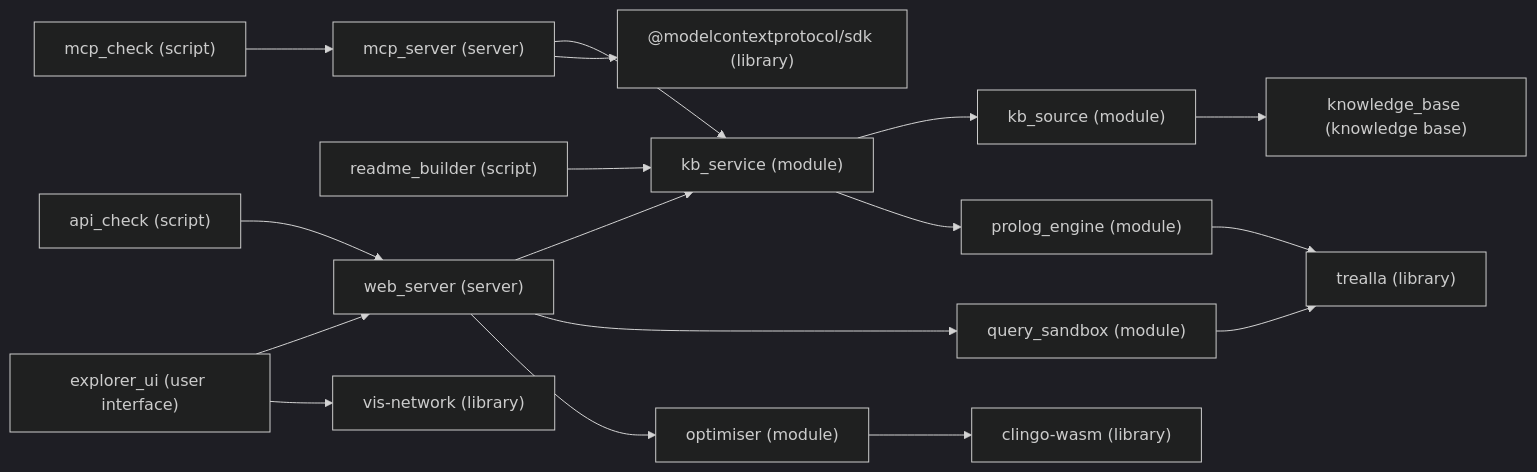
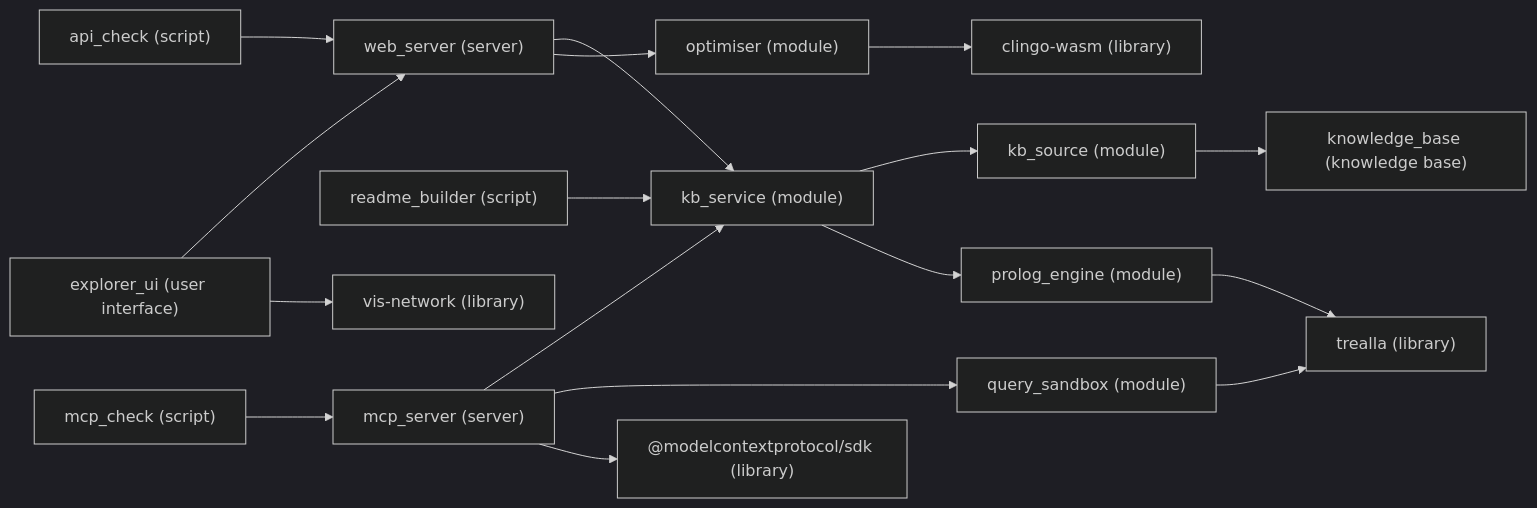
The diagram in README.md (liquidityhouse/onboarding), drawn with Mermaid (dark theme) before and after one commit. The commit also changed other lines of this file and 1 other file, not shown here.

````diff
--- a/README.md
+++ b/README.md
@@ -11,35 +11,35 @@
 ```mermaid
 graph LR
   n0["@modelcontextprotocol/sdk (library)"]
   n1["api_check (script)"]
   n2["clingo-wasm (library)"]
   n3["explorer_ui (user interface)"]
   n4["kb_service (module)"]
   n5["kb_source (module)"]
   n6["knowledge_base (knowledge base)"]
   n7["mcp_check (script)"]
   n8["mcp_server (server)"]
   n9["optimiser (module)"]
   n10["prolog_engine (module)"]
   n11["query_sandbox (module)"]
   n12["readme_builder (script)"]
   n13["trealla (library)"]
   n14["vis-network (library)"]
   n15["web_server (server)"]
   n3 --> n15
   n3 --> n14
   n15 --> n4
-  n15 --> n11
   n15 --> n9
   n8 --> n4
+  n8 --> n11
   n8 --> n0
   n4 --> n5
   n4 --> n10
   n5 --> n6
   n10 --> n13
   n11 --> n13
   n9 --> n2
   n12 --> n4
   n1 --> n15
   n7 --> n8
 ```
````
